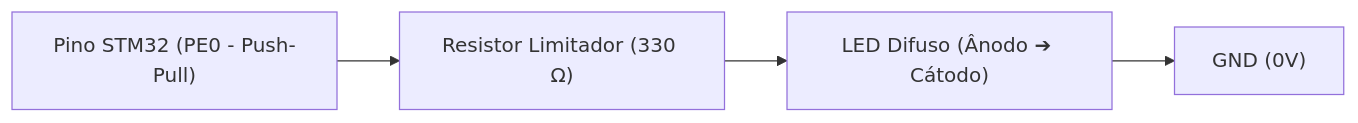
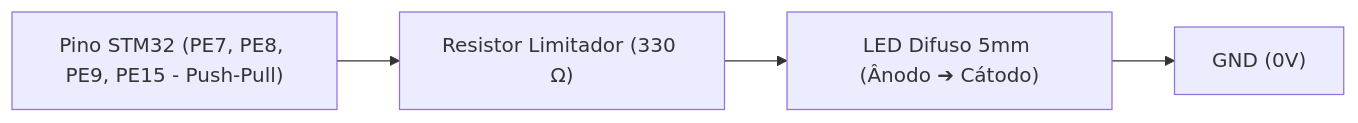
Before and after one commit to Rodriguesmath/Pedaleira-digital: the third of 5 diagrams in docs/hardware/pinout_e_bom.md, drawn with Mermaid. The commit also changed other lines of this file and 4 other files, not shown here.

````diff
--- a/docs/hardware/pinout_e_bom.md
+++ b/docs/hardware/pinout_e_bom.md
@@ -137,6 +137,6 @@
 ```mermaid
 flowchart LR
-    P_LED["Pino STM32 (PE0 - Push-Pull)"] --> R_LIMIT["Resistor Limitador (330 Ω)"]
-    R_LIMIT --> LED["LED Difuso (Ânodo ➔ Cátodo)"]
+    P_LED["Pino STM32 (PE7, PE8, PE9, PE15 - Push-Pull)"] --> R_LIMIT["Resistor Limitador (330 Ω)"]
+    R_LIMIT --> LED["LED Difuso 5mm (Ânodo ➔ Cátodo)"]
     LED --> GND["GND (0V)"]
 ```
````
